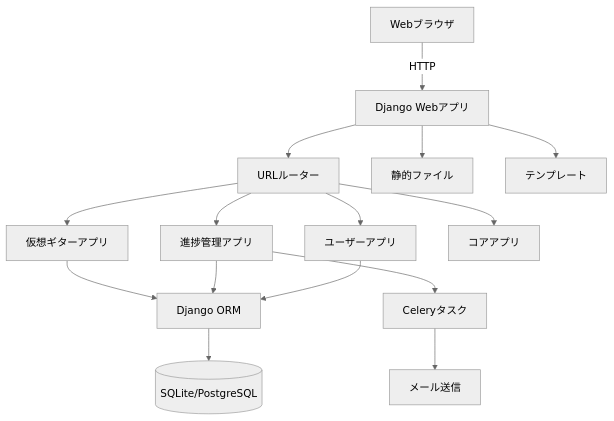
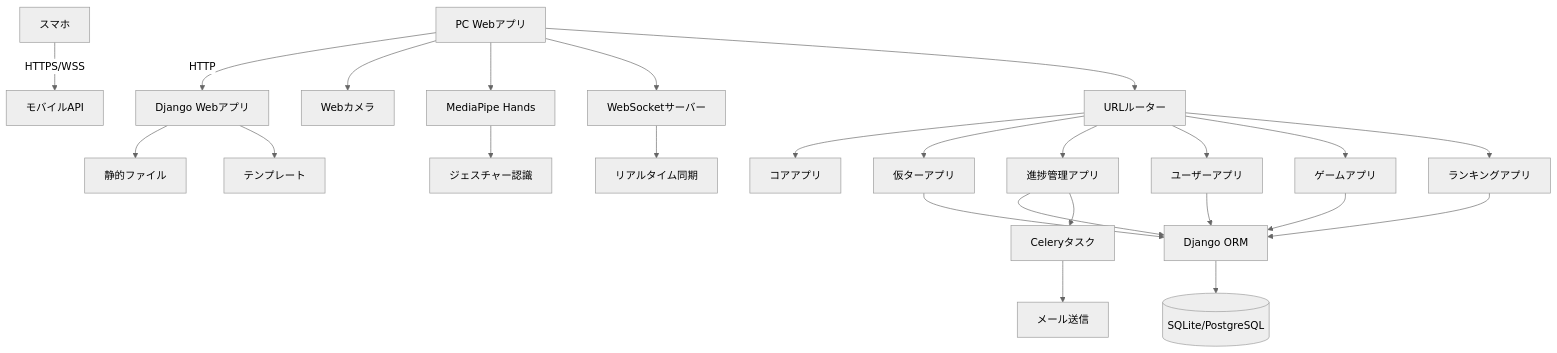
Before and after one commit to reoanrudo/air_guitar_02: the first of 4 diagrams in design.md, drawn with Mermaid (neutral theme). The commit also changed other lines of this file and 2 other files, not shown here.

First line of the commit message:
docs: add game, ranking, and device collaboration features

````diff
--- a/design.md
+++ b/design.md
@@ -11,21 +11,34 @@
 ```mermaid
 graph TD
-    Browser[Webブラウザ] -->|HTTP| WebApp[Django Webアプリ]
-    WebApp --> URLRouter[URLルーター]
-    URLRouter --> GuitarApp[仮想ギターアプリ]
+    Smartphone[スマホ] -->|HTTPS/WSS| MobileAPI[モバイルAPI]
+    PC[PC Webアプリ] -->|HTTP| WebApp[Django Webアプリ]
+
+    PC --> Camera[Webカメラ]
+    PC --> MediaPipe[MediaPipe Hands]
+    PC --> WebSocket[WebSocketサーバー]
+    PC --> URLRouter[URLルーター]
+
+    URLRouter --> CoreApp[コアアプリ]
+    URLRouter --> GuitarApp[仮ターアプリ]
     URLRouter --> ProgressApp[進捗管理アプリ]
     URLRouter --> UsersApp[ユーザーアプリ]
-    URLRouter --> CoreApp[コアアプリ]
+    URLRouter --> GameApp[ゲームアプリ]
+    URLRouter --> RankingApp[ランキングアプリ]
 
     GuitarApp --> ORM[Django ORM]
     ProgressApp --> ORM
     UsersApp --> ORM
+    GameApp --> ORM
+    RankingApp --> ORM
 
     ORM --> DB[(SQLite/PostgreSQL)]
 
     ProgressApp --> Celery[Celeryタスク]
     Celery --> Email[メール送信]
 
+    WebSocket --> Realtime[リアルタイム同期]
+    MediaPipe --> Gesture[ジェスチャー認識]
+
     WebApp --> Static[静的ファイル]
     WebApp --> Templates[テンプレート]
 ```
````
